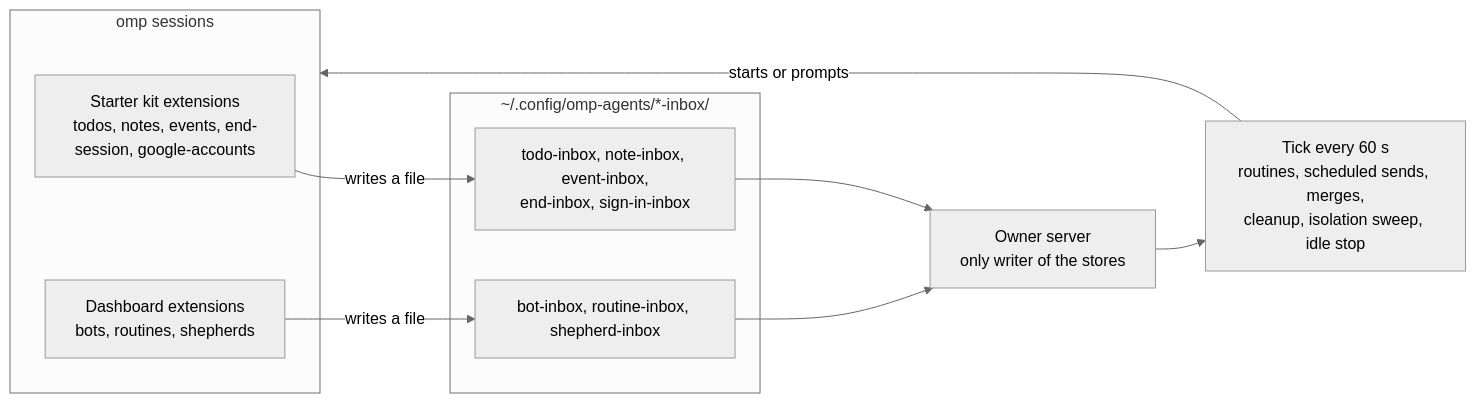
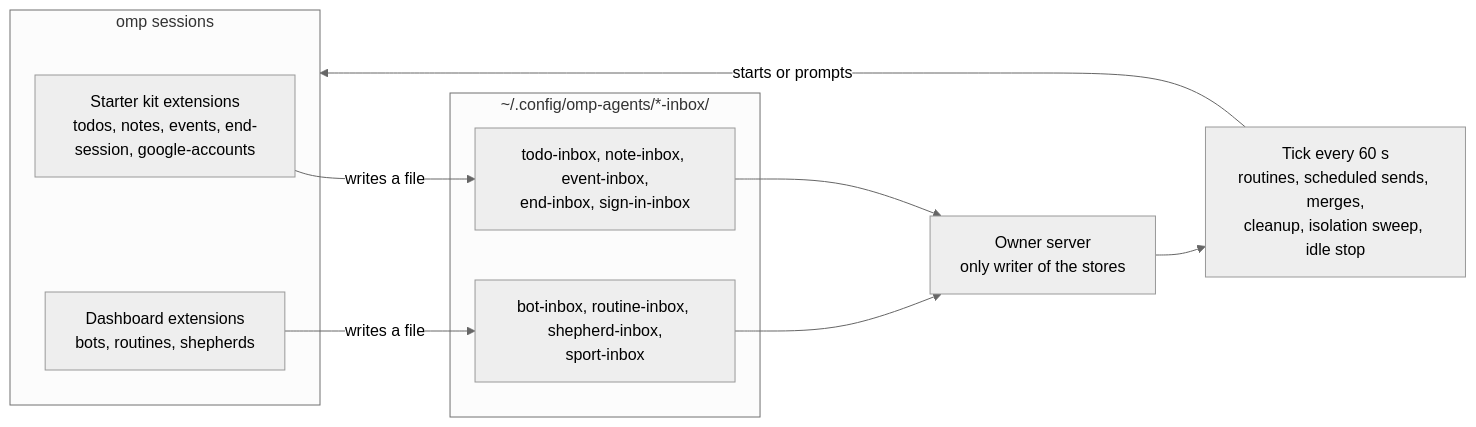
Before and after one commit to MaisonnatM/omp-agents: the fourth of 5 diagrams in docs/architecture/harness-map.md, drawn with Mermaid (neutral theme). The commit also changed 10 other files, not shown here.

First line of the commit message:
Correct architecture pages that named five of eight inboxes, misplaced the git route's sentences, and listed old tabs, tools, and stores.

````diff
--- a/docs/architecture/harness-map.md
+++ b/docs/architecture/harness-map.md
@@ -72,17 +72,17 @@
 ```mermaid
 flowchart LR
   subgraph sessions["omp sessions"]
     kit["Starter kit extensions<br/>todos, notes, events, end-session, google-accounts"]
     dashx["Dashboard extensions<br/>bots, routines, shepherds"]
   end
   subgraph inboxes["~/.config/omp-agents/*-inbox/"]
     i1["todo-inbox, note-inbox, event-inbox,<br/>end-inbox, sign-in-inbox"]
-    i2["bot-inbox, routine-inbox, shepherd-inbox"]
+    i2["bot-inbox, routine-inbox, shepherd-inbox,<br/>sport-inbox"]
   end
   kit -->|writes a file| i1
   dashx -->|writes a file| i2
   i1 --> owner["Owner server<br/>only writer of the stores"]
   i2 --> owner
   owner --> tick["Tick every 60 s<br/>routines, scheduled sends, merges,<br/>cleanup, isolation sweep, idle stop"]
   tick -->|starts or prompts| sessions
 ```
````
